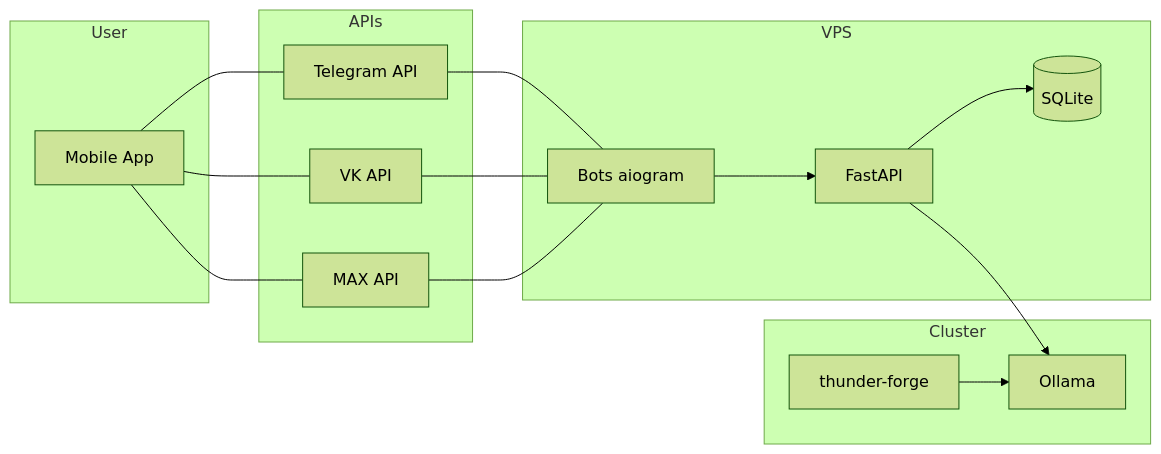
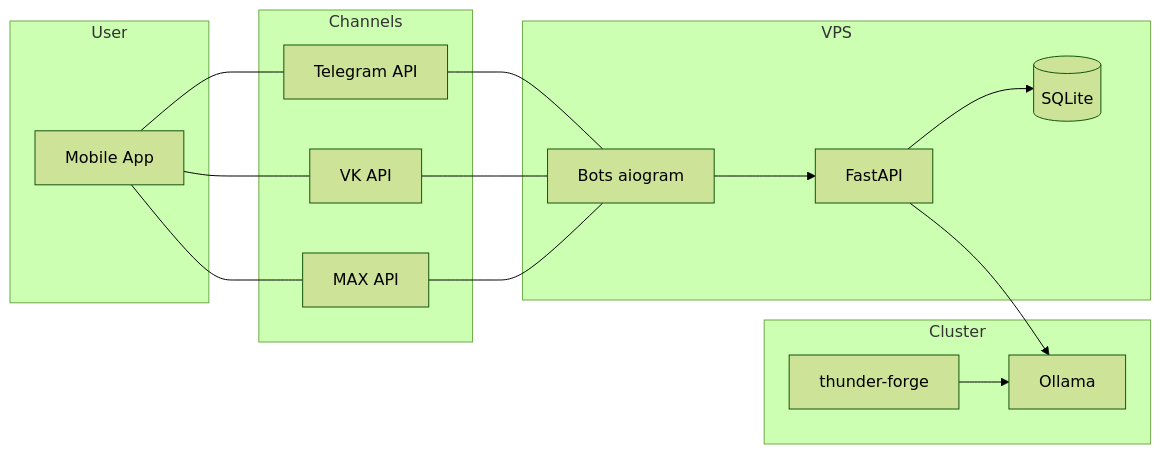
Before and after one commit to shared-goals/prd: the third of 3 diagrams in README.md, drawn with Mermaid (forest theme).

Commit message:
fix: rename APIs to Channels in physical diagram

````diff
--- a/README.md
+++ b/README.md
@@ -203,34 +203,34 @@
 ```mermaid
 graph LR
     subgraph User
         Phone[Mobile App]
     end
 
     subgraph VPS
         Bot[Bots aiogram]
         API[FastAPI]
         DB[(SQLite)]
         Bot --> API
         API --> DB
     end
 
     subgraph Cluster
         Ollama[Ollama]
         Thunder[thunder-forge]
         Thunder --> Ollama
     end
 
-    subgraph APIs
+    subgraph Channels
         TGAPI[Telegram API]
         VKAPI[VK API]
         MAXAPI[MAX API]
     end
 
     Phone --- TGAPI
     Phone --- VKAPI
     Phone --- MAXAPI
     TGAPI --- Bot
     VKAPI --- Bot
     MAXAPI --- Bot
     API --> Ollama
 ```
````
